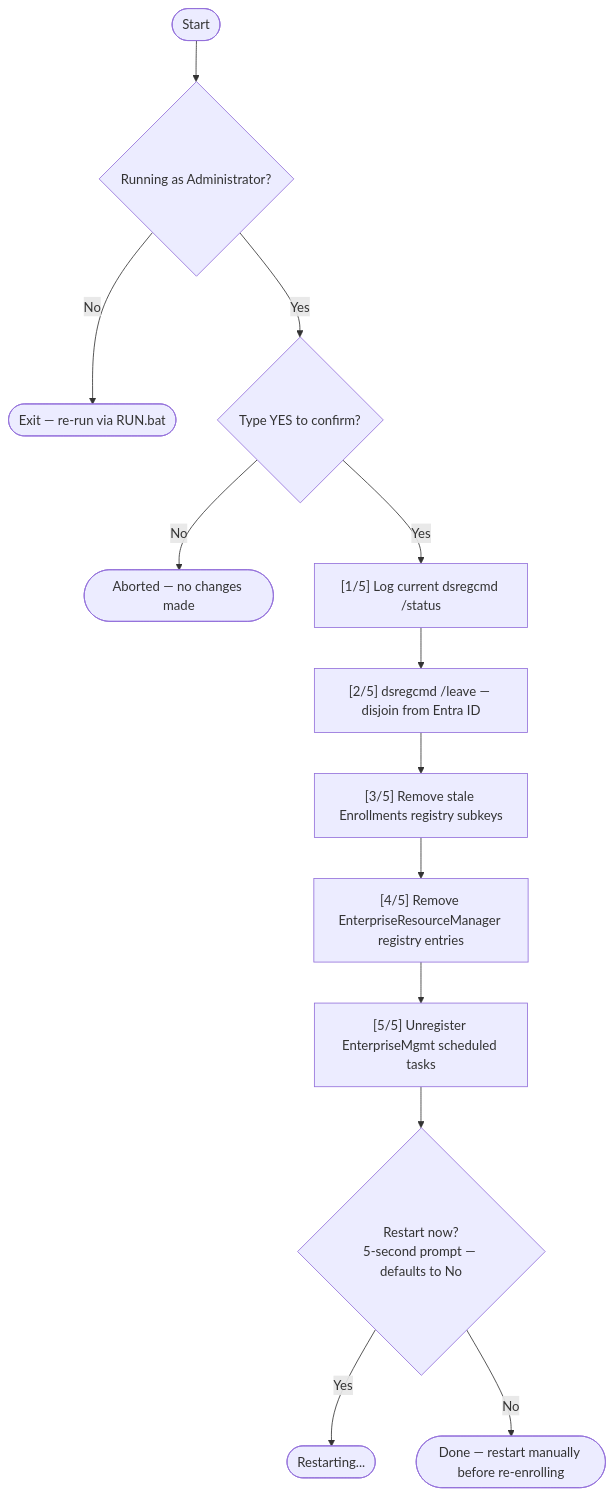
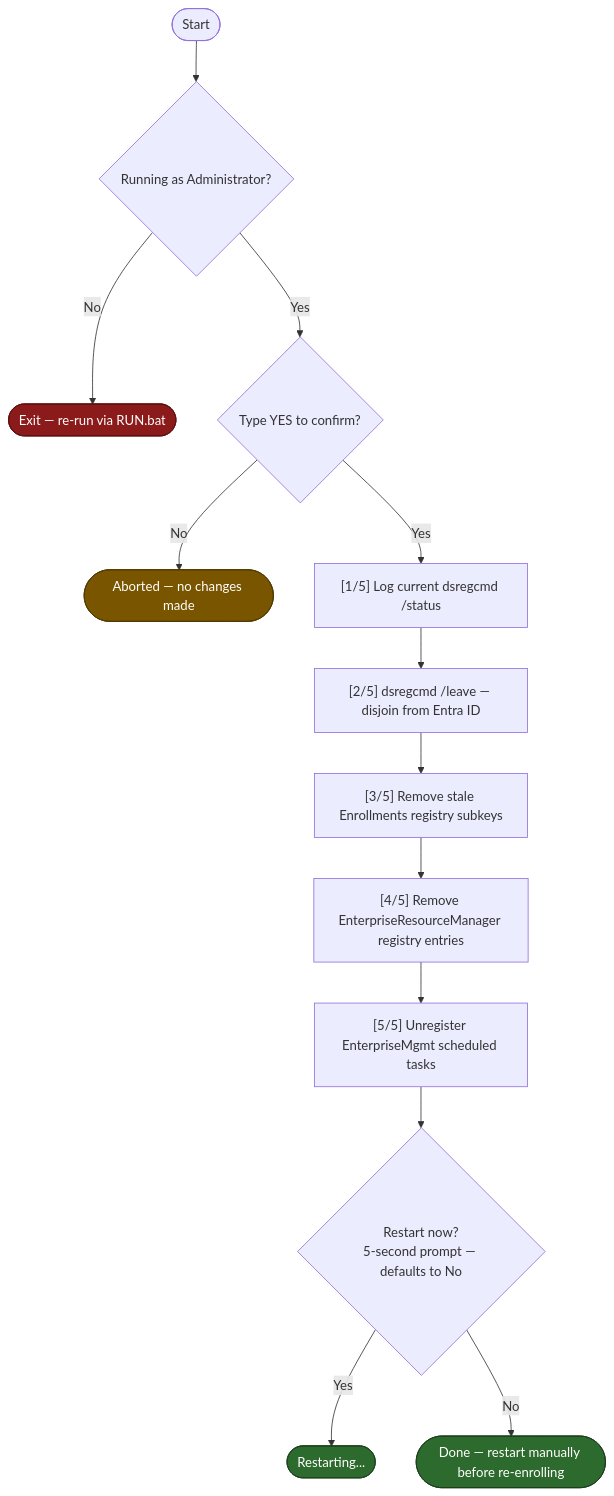
One commit to 5a9awneh/Reset-EntraEnrollment changed the diagram in README.md. Above: the diagram before and after it, drawn with Mermaid.

Commit message:
docs: add semantic coloring to flowchart

````diff
--- a/README.md
+++ b/README.md
@@ -28,15 +28,21 @@
 ```mermaid
 flowchart TD
     A([Start]) --> B{Running as Administrator?}
     B -- No --> C([Exit — re-run via RUN.bat])
     B -- Yes --> D{Type YES to confirm?}
     D -- No --> E([Aborted — no changes made])
     D -- Yes --> F["[1/5] Log current dsregcmd /status"]
     F --> G["[2/5] dsregcmd /leave — disjoin from Entra ID"]
     G --> H["[3/5] Remove stale Enrollments registry subkeys"]
     H --> I["[4/5] Remove EnterpriseResourceManager registry entries"]
     I --> J["[5/5] Unregister EnterpriseMgmt scheduled tasks"]
     J --> K{"Restart now?\n5-second prompt — defaults to No"}
     K -- Yes --> L([Restarting...])
     K -- No --> M([Done — restart manually before re-enrolling])
+    classDef success fill:#2d6a2d,color:#fff,stroke:#1a3d1a
+    classDef failure fill:#8b1a1a,color:#fff,stroke:#5a0d0d
+    classDef warning fill:#7a5500,color:#fff,stroke:#4d3600
+    class L,M success
+    class C failure
+    class E warning
 ```
````
